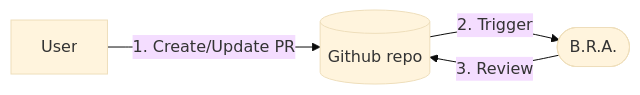
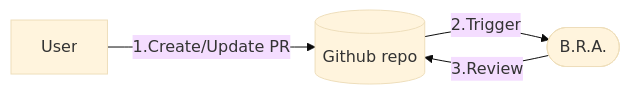
Before and after one commit to SukJinKim/Boramae-reviews-algorithm: the diagram in README.md, drawn with Mermaid (base theme).

````diff
--- a/README.md
+++ b/README.md
@@ -147,5 +147,5 @@
    ```mermaid
     flowchart LR;
-    U[User] -- 1. Create/Update PR --> G[(Github repo)] -- 2. Trigger --> B([B.R.A.]);
-    B -- 3. Review --> G;
+    U[User] -- 1.Create/Update PR --> G[(Github repo)] -- 2.Trigger --> B([B.R.A.]);
+    B -- 3.Review --> G;
    ```
````
